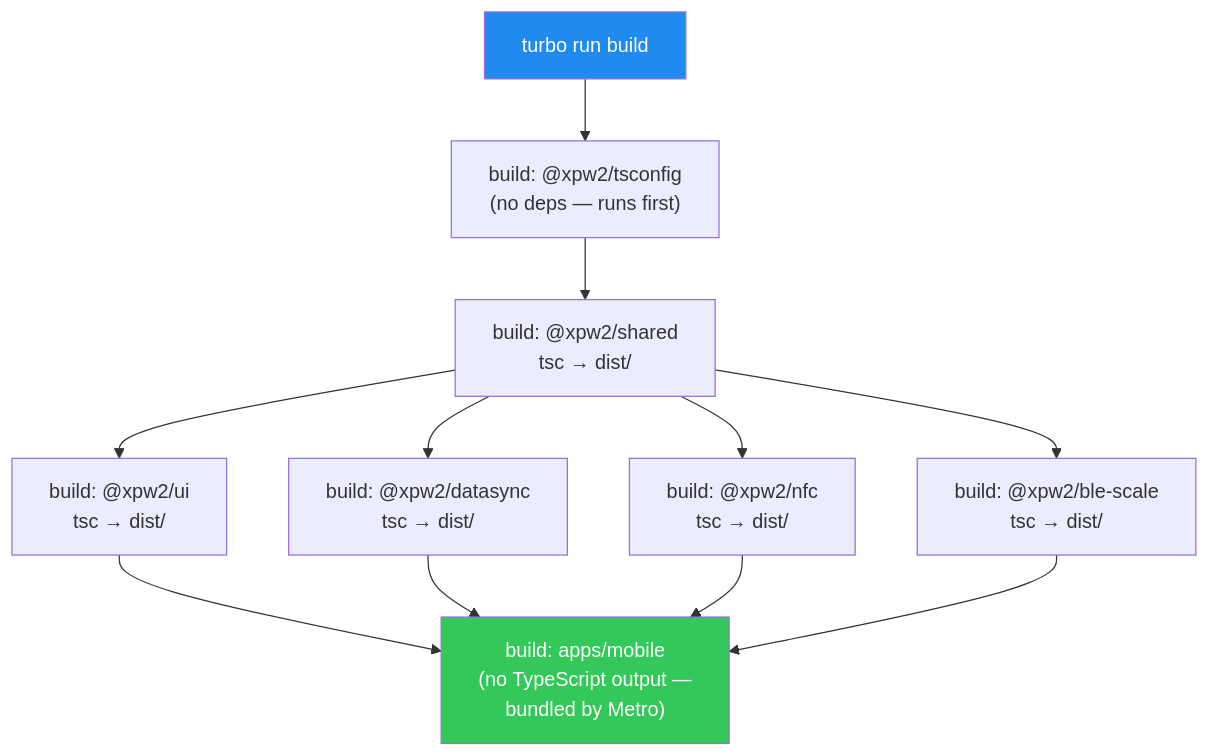
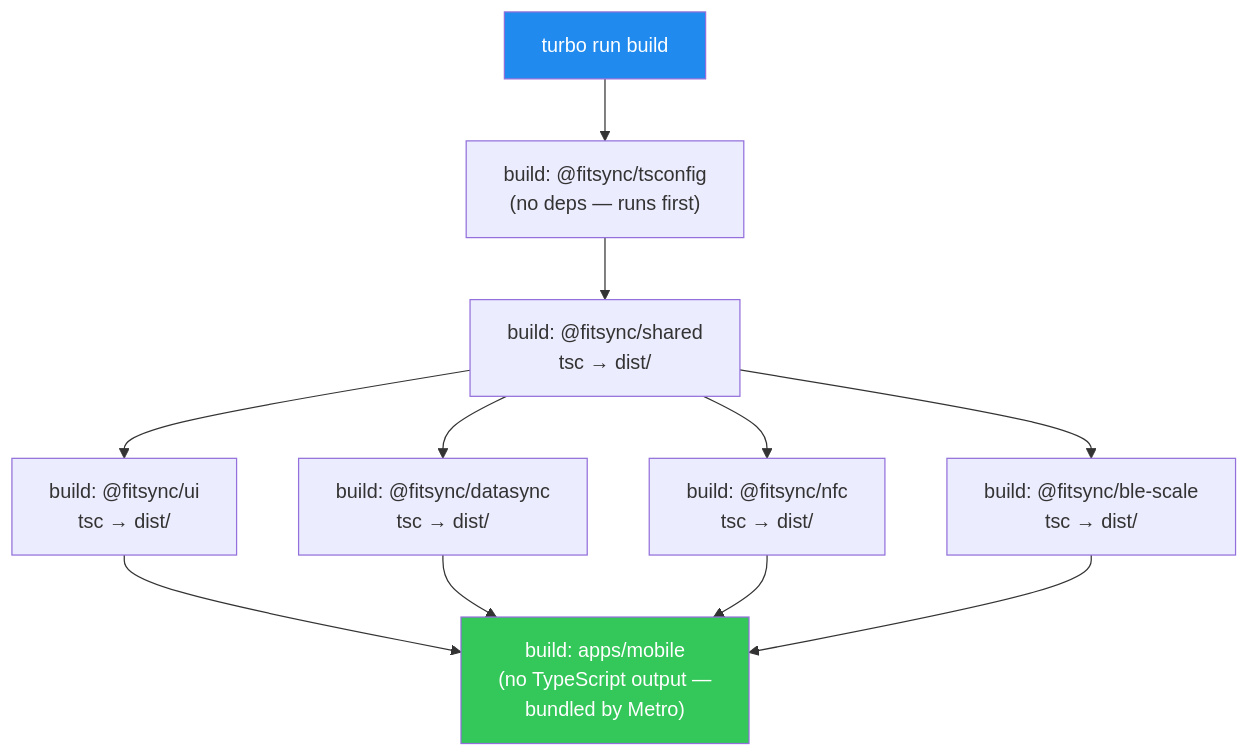
Before and after one commit to vohoangvietuit/ReactNativeExpoRoom: the sixth of 16 diagrams in docs/GUIDE.md, drawn with Mermaid. The commit also changed other lines of this file and 73 other files, not shown here.

````diff
--- a/docs/GUIDE.md
+++ b/docs/GUIDE.md
@@ -320,18 +320,18 @@
 ```mermaid
 graph TD
     turbo["turbo run build"]
 
-    turbo --> B_tsconfig["build: @xpw2/tsconfig\n(no deps — runs first)"]
-    B_tsconfig --> B_shared["build: @xpw2/shared\ntsc → dist/"]
-    B_shared --> B_ui["build: @xpw2/ui\ntsc → dist/"]
-    B_shared --> B_datasync["build: @xpw2/datasync\ntsc → dist/"]
-    B_shared --> B_nfc["build: @xpw2/nfc\ntsc → dist/"]
-    B_shared --> B_ble["build: @xpw2/ble-scale\ntsc → dist/"]
+    turbo --> B_tsconfig["build: @fitsync/tsconfig\n(no deps — runs first)"]
+    B_tsconfig --> B_shared["build: @fitsync/shared\ntsc → dist/"]
+    B_shared --> B_ui["build: @fitsync/ui\ntsc → dist/"]
+    B_shared --> B_datasync["build: @fitsync/datasync\ntsc → dist/"]
+    B_shared --> B_nfc["build: @fitsync/nfc\ntsc → dist/"]
+    B_shared --> B_ble["build: @fitsync/ble-scale\ntsc → dist/"]
     B_ui --> B_mobile["build: apps/mobile\n(no TypeScript output —\nbundled by Metro)"]
     B_datasync --> B_mobile
     B_nfc --> B_mobile
     B_ble --> B_mobile
 
     style turbo fill:#208AEF,color:#fff
     style B_mobile fill:#34C759,color:#fff
 ```
````
